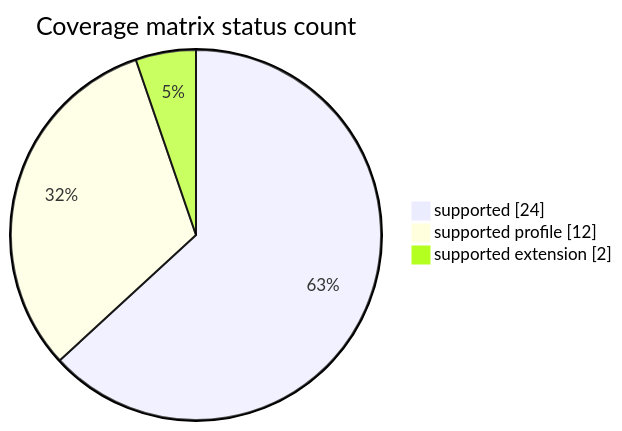
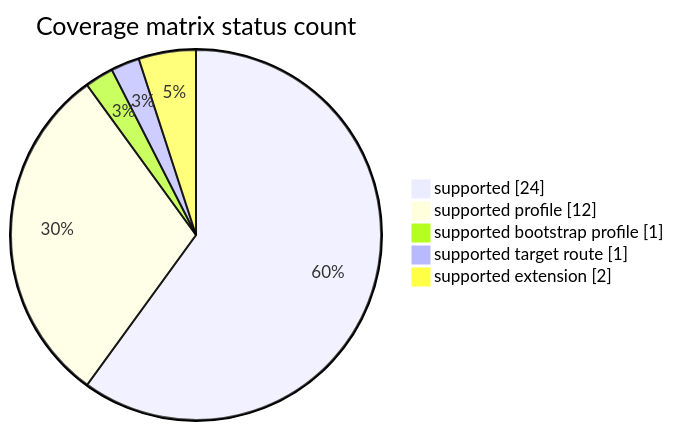
Before and after one commit to Olegie/PlankaC: the third of 6 diagrams in docs/infographic.md, drawn with Mermaid. The commit also changed other lines of this file and 54 other files, not shown here.

````diff
--- a/docs/infographic.md
+++ b/docs/infographic.md
@@ -67,7 +67,9 @@
 ```mermaid
 pie showData
     title Coverage matrix status count
     "supported" : 24
     "supported profile" : 12
+    "supported bootstrap profile" : 1
+    "supported target route" : 1
     "supported extension" : 2
 ```
````
